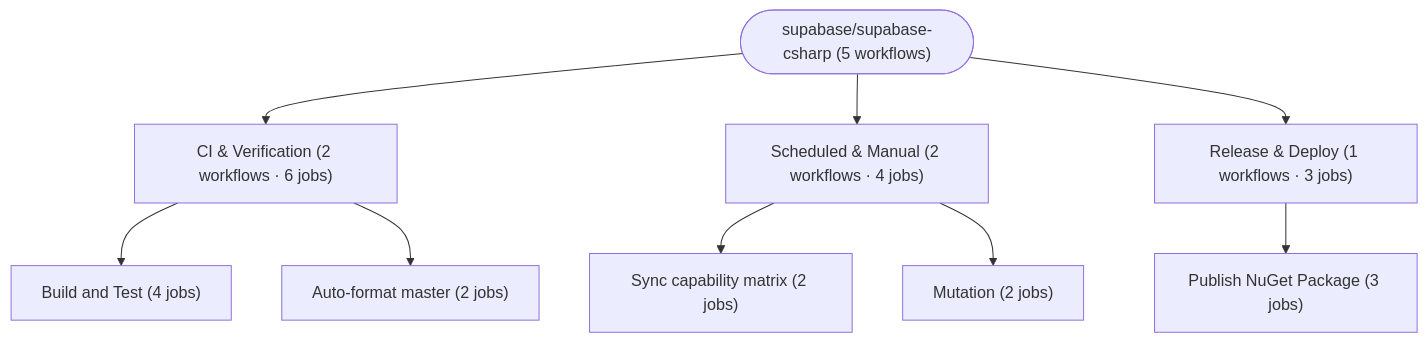
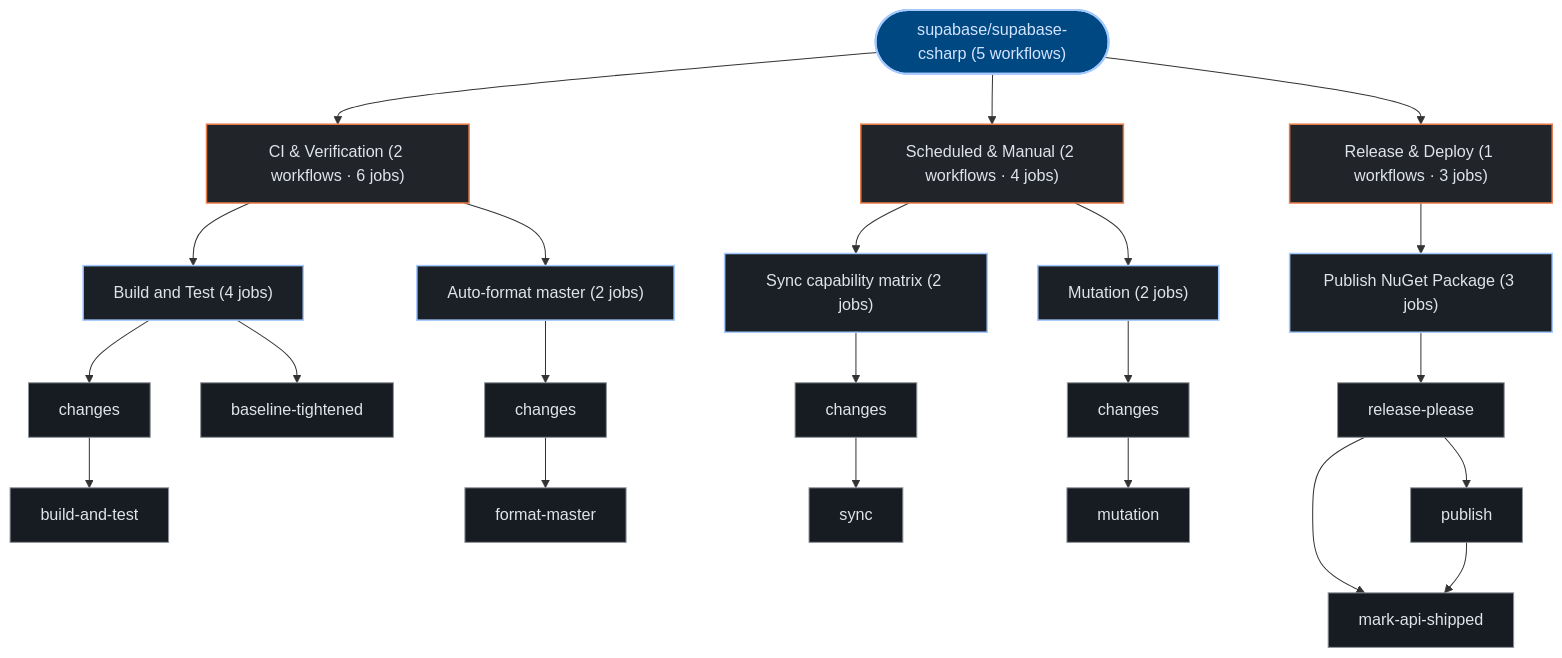
Before and after one commit to kumarshaz/atruss-code-atlas: the third of 3 diagrams in exports/latest/reports/supabase-supabase-csharp-report.md, drawn with Mermaid. The commit also changed other lines of this file and 331 other files, not shown here.

Commit message:
docs,ui,fix: update SDLC docs, reorder CI/CD DAG first, stylize Mermaid, and fix Arc42 pipeline topology

````diff
--- a/exports/latest/reports/supabase-supabase-csharp-report.md
+++ b/exports/latest/reports/supabase-supabase-csharp-report.md
@@ -189,20 +200,52 @@
 ```mermaid
 graph TD;
-  pipeline_root(["supabase/supabase-csharp (5 workflows)"])
-  grp_0_CI___Verification["CI & Verification (2 workflows · 6 jobs)"]
+  classDef atlasRoot fill:#004882,stroke:#a3c9ff,stroke-width:2px,color:#d3e4ff
+  classDef atlasCategory fill:#212428,stroke:#E87A48,stroke-width:1.5px,color:#dfe3eb
+  classDef atlasWorkflow fill:#1b2026,stroke:#a3c9ff,stroke-width:1.5px,color:#dfe3eb
+  classDef atlasJob fill:#171c22,stroke:#8d9199,stroke-width:1px,color:#dfe3eb
+  classDef atlasTarget fill:#005227,stroke:#8bd99b,stroke-width:1.5px,color:#a7f6b6
+  classDef atlasAlert fill:#93000a,stroke:#ffb4ab,stroke-width:1.5px,color:#ffdad6
+  classDef atlasMore fill:#252a31,stroke:#8d9199,stroke-dasharray:4 4,color:#c3c6cf
+  pipeline_root(["supabase/supabase-csharp (5 workflows)"]):::atlasRoot
+  grp_0_CI___Verification["CI & Verification (2 workflows · 6 jobs)"]:::atlasCategory
   pipeline_root --> grp_0_CI___Verification
-  wf_0_Build_and_Test["Build and Test (4 jobs)"]
+  wf_0_Build_and_Test["Build and Test (4 jobs)"]:::atlasWorkflow
   grp_0_CI___Verification --> wf_0_Build_and_Test
-  wf_2_Auto_format_master["Auto-format master (2 jobs)"]
+  job_0_changes["changes"]:::atlasJob
+  job_0_build_and_test["build-and-test"]:::atlasJob
+  job_0_baseline_tightened["baseline-tightened"]:::atlasJob
+  wf_0_Build_and_Test --> job_0_changes
+  job_0_changes --> job_0_build_and_test
+  wf_0_Build_and_Test --> job_0_baseline_tightened
+  wf_2_Auto_format_master["Auto-format master (2 jobs)"]:::atlasWorkflow
   grp_0_CI___Verification --> wf_2_Auto_format_master
-  grp_1_Scheduled___Manual["Scheduled & Manual (2 workflows · 4 jobs)"]
+  job_2_changes["changes"]:::atlasJob
+  job_2_format_master["format-master"]:::atlasJob
+  wf_2_Auto_format_master --> job_2_changes
+  job_2_changes --> job_2_format_master
+  grp_1_Scheduled___Manual["Scheduled & Manual (2 workflows · 4 jobs)"]:::atlasCategory
   pipeline_root --> grp_1_Scheduled___Manual
-  wf_1_Sync_capability_matrix["Sync capability matrix (2 jobs)"]
+  wf_1_Sync_capability_matrix["Sync capability matrix (2 jobs)"]:::atlasWorkflow
   grp_1_Scheduled___Manual --> wf_1_Sync_capability_matrix
-  wf_3_Mutation["Mutation (2 jobs)"]
+  job_1_changes["changes"]:::atlasJob
+  job_1_sync["sync"]:::atlasJob
+  wf_1_Sync_capability_matrix --> job_1_changes
+  job_1_changes --> job_1_sync
+  wf_3_Mutation["Mutation (2 jobs)"]:::atlasWorkflow
   grp_1_Scheduled___Manual --> wf_3_Mutation
-  grp_2_Release___Deploy["Release & Deploy (1 workflows · 3 jobs)"]
+  job_3_changes["changes"]:::atlasJob
+  job_3_mutation["mutation"]:::atlasJob
+  wf_3_Mutation --> job_3_changes
+  job_3_changes --> job_3_mutation
+  grp_2_Release___Deploy["Release & Deploy (1 workflows · 3 jobs)"]:::atlasCategory
   pipeline_root --> grp_2_Release___Deploy
-  wf_4_Publish_NuGet_Package["Publish NuGet Package (3 jobs)"]
+  wf_4_Publish_NuGet_Package["Publish NuGet Package (3 jobs)"]:::atlasWorkflow
   grp_2_Release___Deploy --> wf_4_Publish_NuGet_Package
+  job_4_release_please["release-please"]:::atlasJob
+  job_4_publish["publish"]:::atlasJob
+  job_4_mark_api_shipped["mark-api-shipped"]:::atlasJob
+  wf_4_Publish_NuGet_Package --> job_4_release_please
+  job_4_release_please --> job_4_publish
+  job_4_release_please --> job_4_mark_api_shipped
+  job_4_publish --> job_4_mark_api_shipped
 ```
````
